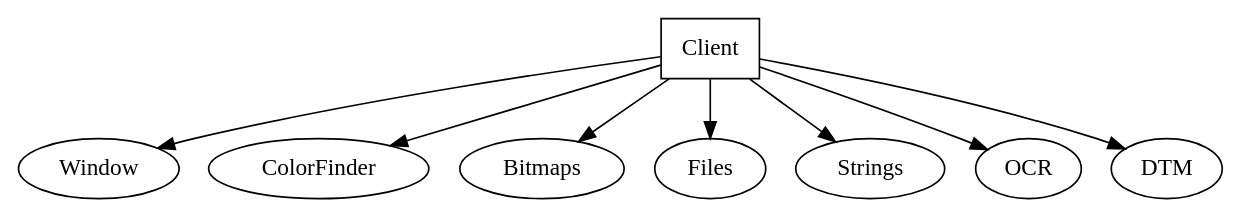
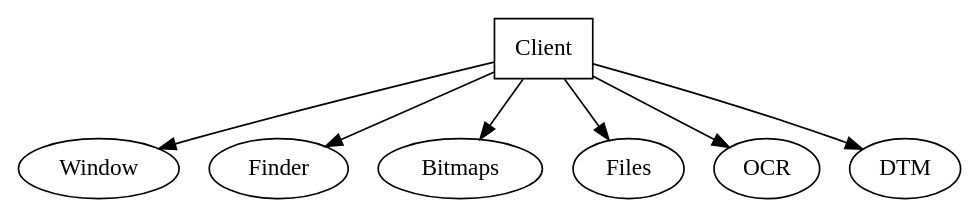
The diagram in Doc/Pics/Client_Classes.dot (Villavu/Simba), drawn with Graphviz before and after one commit. The commit also changed 4 other files, not shown here.

```diff
--- a/Doc/Pics/Client_Classes.dot
+++ b/Doc/Pics/Client_Classes.dot
@@ -1,13 +1,12 @@
 digraph Client {
 
 	Client [shape=box]
 	
 	Client -> Window
-	Client -> ColorFinder
+	Client -> Finder
 	Client -> Bitmaps
 	Client -> Files
-	Client -> Strings
 	Client -> OCR
 	Client -> DTM
 
 }
```
